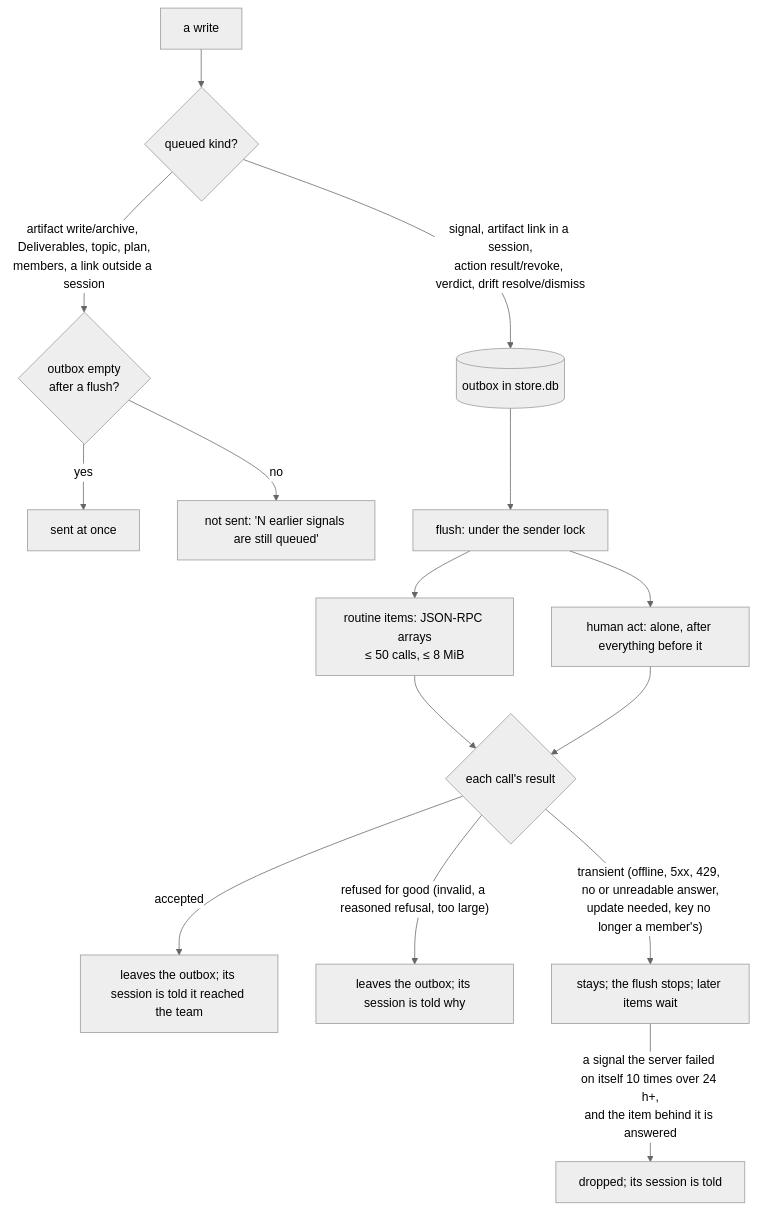
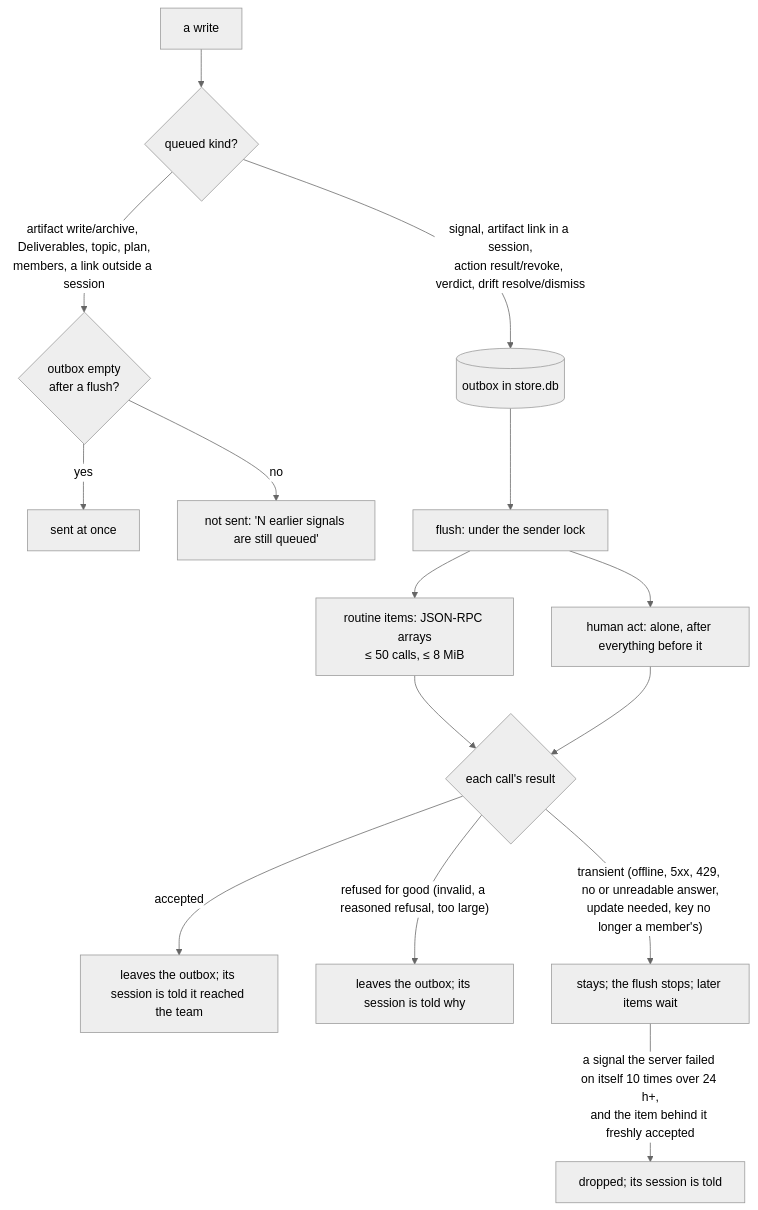
One commit to vutran1710/teamflow-cli changed the second of 2 diagrams in README.md. Above: the diagram before and after it, drawn with Mermaid (neutral theme). The commit also changed other lines of this file, not shown here.

First line of the commit message:
README: a fresh acceptance behind a stuck signal; order is best-effort when a single call fails

````diff
--- a/README.md
+++ b/README.md
@@ -194,17 +194,17 @@
 ```mermaid
 flowchart TD
     W[a write] --> Q{queued kind?}
     Q -- "signal, artifact link in a session,<br/>action result/revoke, verdict, drift resolve/dismiss" --> OB[(outbox in store.db)]
     Q -- "artifact write/archive, Deliverables, topic, plan,<br/>members, a link outside a session" --> G{outbox empty<br/>after a flush?}
     G -- yes --> SEND[sent at once]
     G -- no --> NS[not sent: 'N earlier signals are still queued']
     OB --> F[flush: under the sender lock]
     F --> B[routine items: JSON-RPC arrays<br/>≤ 50 calls, ≤ 8 MiB]
     F --> H[human act: alone, after everything before it]
     B --> R{each call's result}
     H --> R
     R -- accepted --> D[leaves the outbox; its session is told it reached the team]
     R -- "refused for good (invalid, a reasoned refusal, too large)" --> X[leaves the outbox; its session is told why]
     R -- "transient (offline, 5xx, 429, no or unreadable answer,<br/>update needed, key no longer a member's)" --> STOP[stays; the flush stops; later items wait]
-    STOP -- "a signal the server failed on itself 10 times over 24 h+,<br/>and the item behind it is answered" --> GU[dropped; its session is told]
+    STOP -- "a signal the server failed on itself 10 times over 24 h+,<br/>and the item behind it freshly accepted" --> GU[dropped; its session is told]
 ```
````
